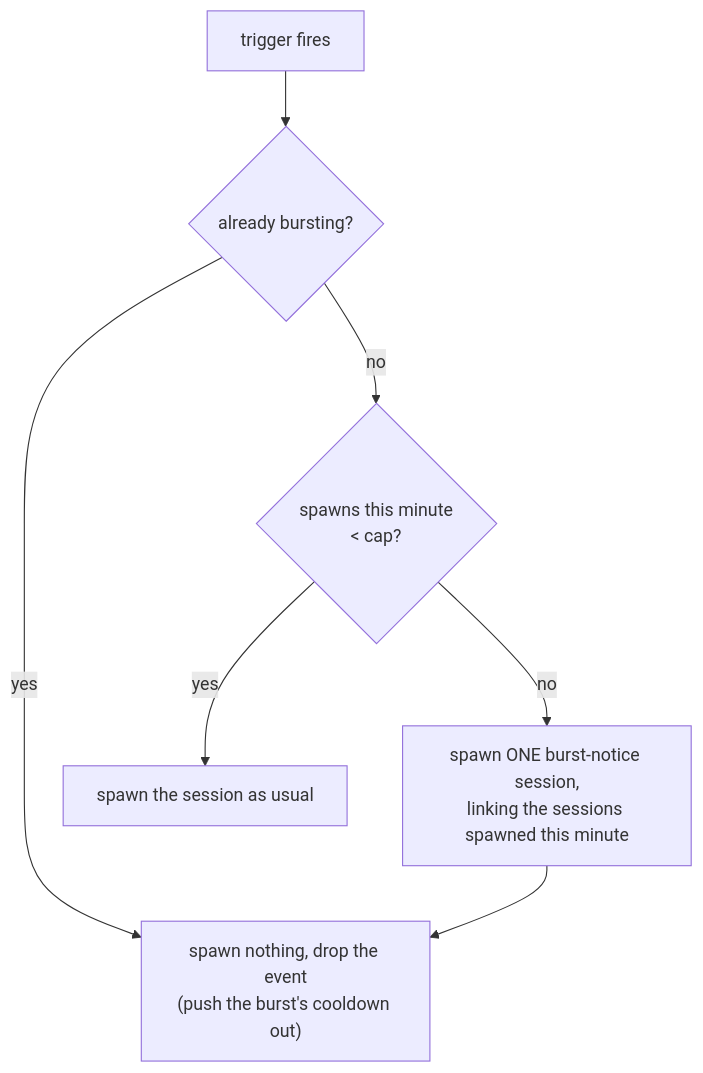
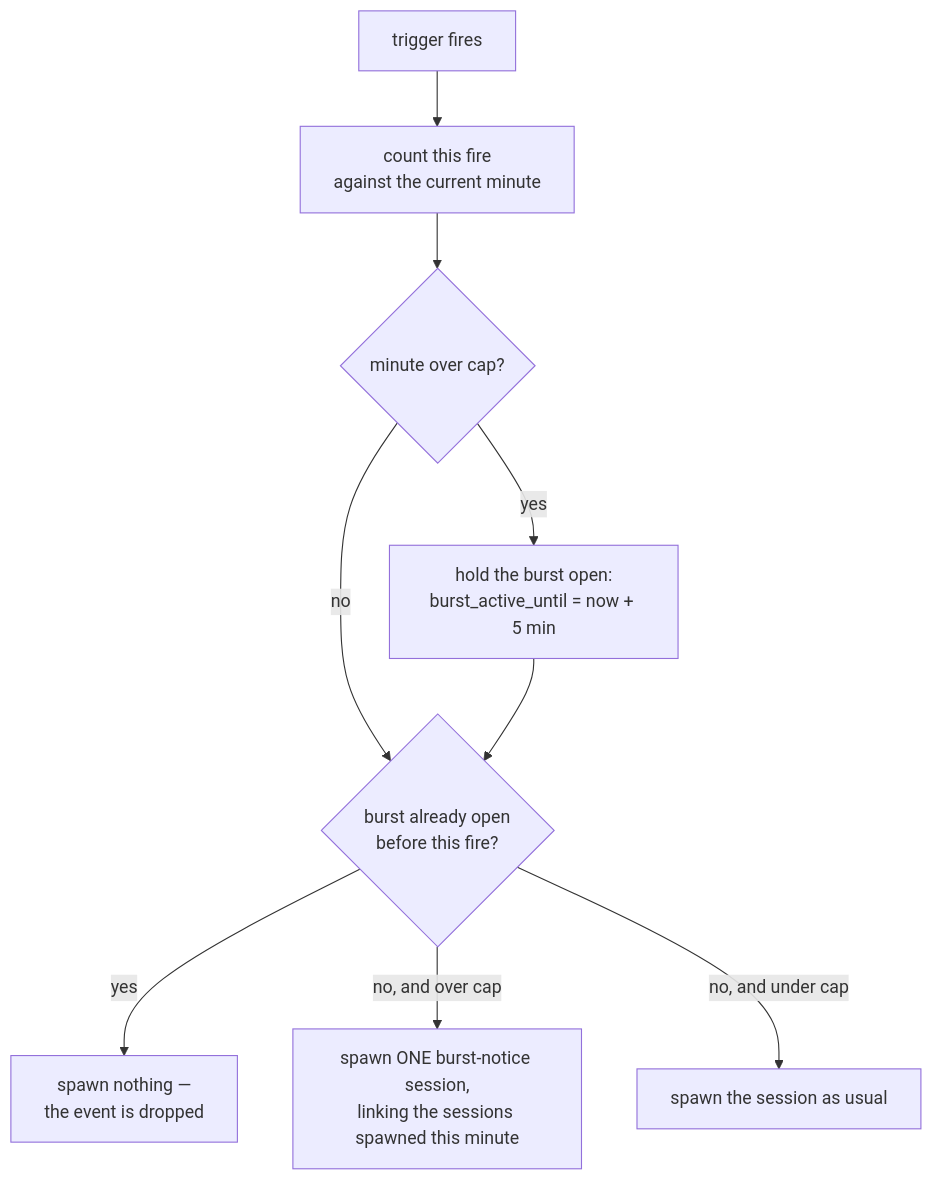
The second of 2 diagrams in docs/src/content/docs/sessions/triggers.md (tadasant/zimmer), drawn with Mermaid before and after one commit. The commit also changed other lines of this file and 7 other files, not shown here.

````diff
--- a/docs/src/content/docs/sessions/triggers.md
+++ b/docs/src/content/docs/sessions/triggers.md
@@ -259,9 +259,11 @@
 ```mermaid
 flowchart TD
-    F["trigger fires"] --> B{"already bursting?"}
-    B -->|yes| S["spawn nothing, drop the event<br/>(push the burst's cooldown out)"]
-    B -->|no| W{"spawns this minute<br/>&lt; cap?"}
-    W -->|yes| N["spawn the session as usual"]
-    W -->|no| BN["spawn ONE burst-notice session,<br/>linking the sessions spawned this minute"]
-    BN --> S
+    F["trigger fires"] --> C["count this fire<br/>against the current minute"]
+    C --> O{"minute over cap?"}
+    O -->|yes| X["hold the burst open:<br/>burst_active_until = now + 5 min"]
+    O -->|no| B
+    X --> B{"burst already open<br/>before this fire?"}
+    B -->|yes| S["spawn nothing —<br/>the event is dropped"]
+    B -->|"no, and over cap"| BN["spawn ONE burst-notice session,<br/>linking the sessions spawned this minute"]
+    B -->|"no, and under cap"| N["spawn the session as usual"]
 ```
````
